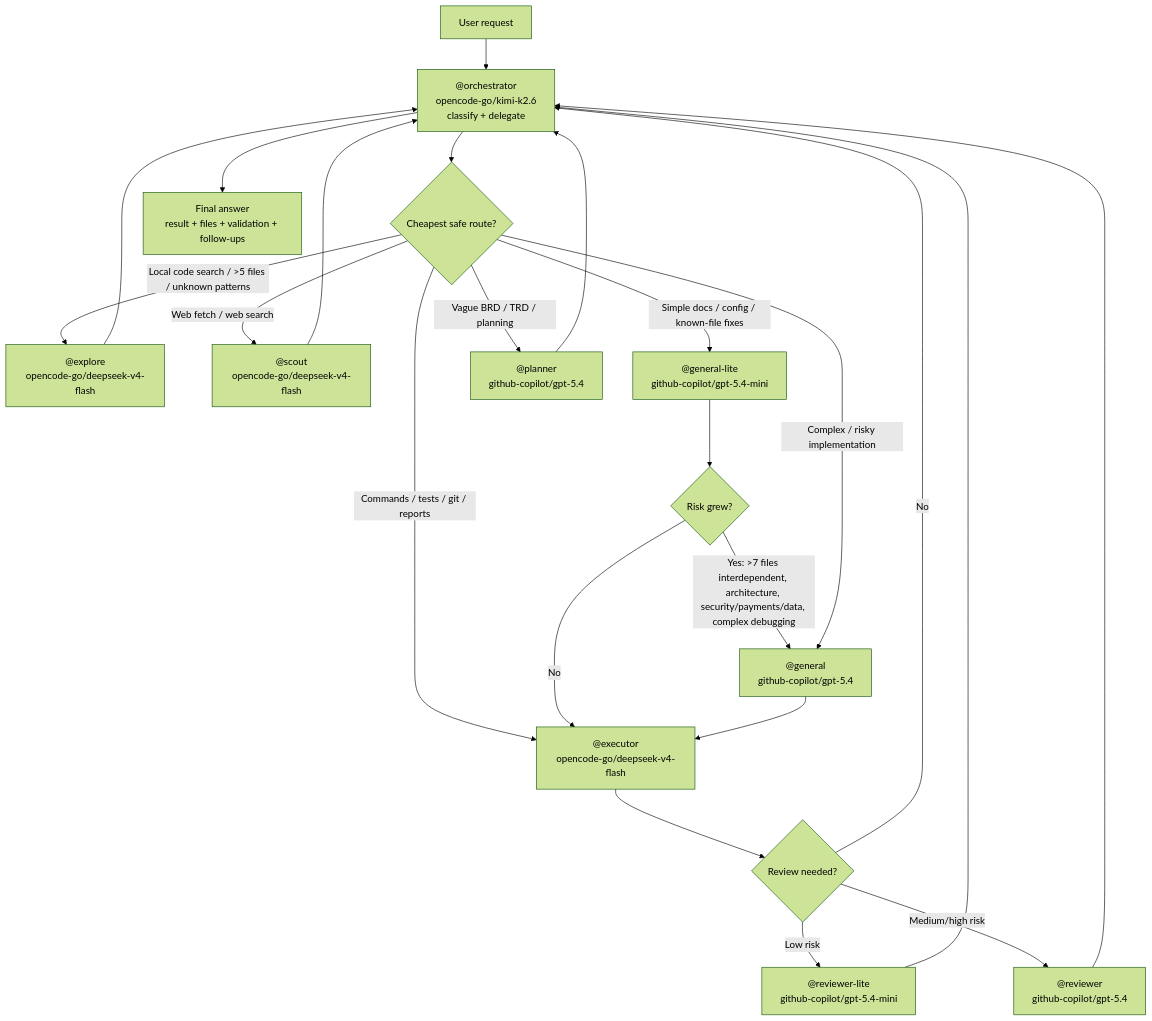
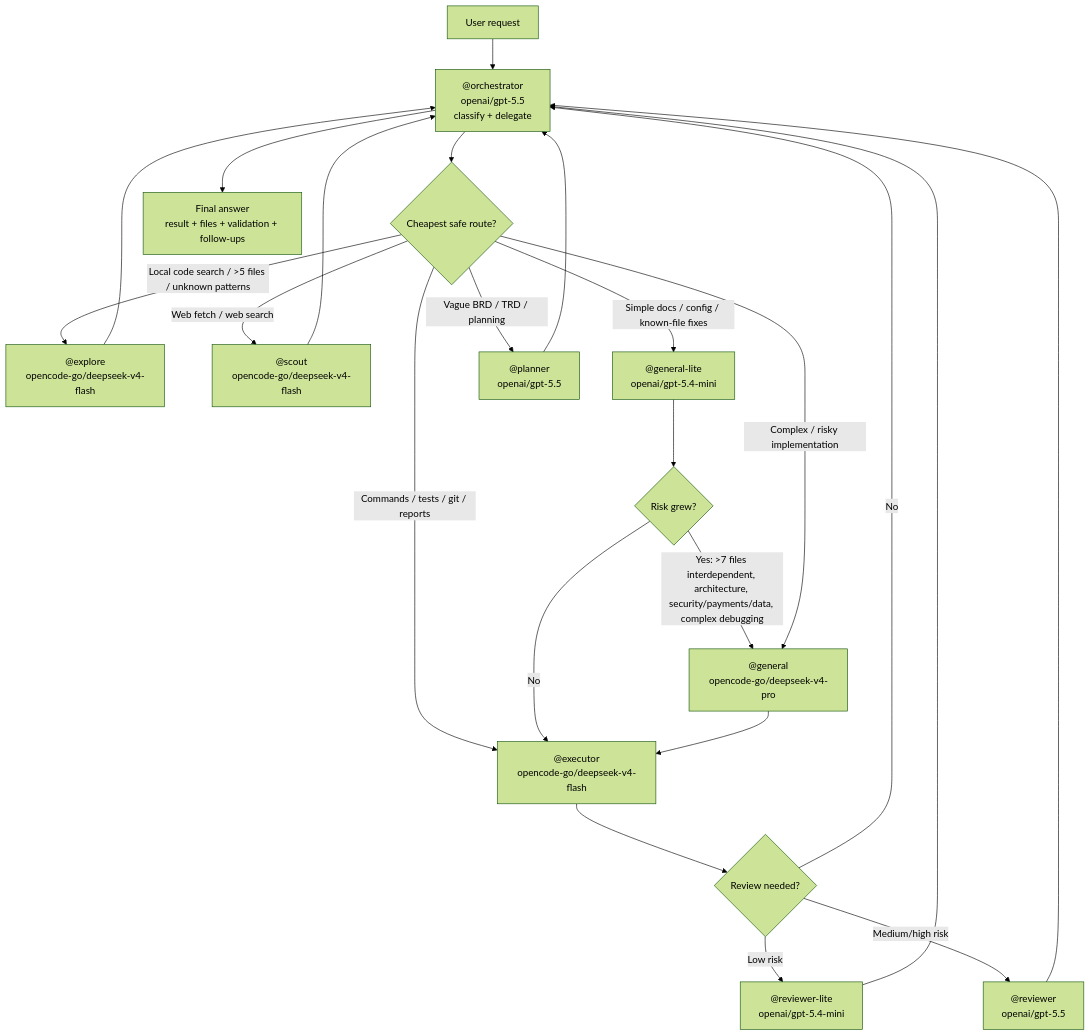
Before and after one commit to daussho-astro/opencode-agent-workflow: the diagram in README.md, drawn with Mermaid (forest theme). The commit also changed other lines of this file and 24 other files, not shown here.

````diff
--- a/README.md
+++ b/README.md
@@ -51,31 +54,31 @@
 ```mermaid
 flowchart TD
-  U[User request] --> O["@orchestrator<br/>opencode-go/kimi-k2.6<br/>classify + delegate"]
+  U[User request] --> O["@orchestrator<br/>openai/gpt-5.5<br/>classify + delegate"]
 
   O --> K{Cheapest safe route?}
 
   K -->|Commands / tests / git / reports| E["@executor<br/>opencode-go/deepseek-v4-flash"]
   K -->|Local code search / >5 files / unknown patterns| X["@explore<br/>opencode-go/deepseek-v4-flash"]
   K -->|Web fetch / web search| S["@scout<br/>opencode-go/deepseek-v4-flash"]
-  K -->|Simple docs / config / known-file fixes| GL["@general-lite<br/>github-copilot/gpt-5.4-mini"]
-  K -->|Vague BRD / TRD / planning| P["@planner<br/>github-copilot/gpt-5.4"]
+  K -->|Simple docs / config / known-file fixes| GL["@general-lite<br/>openai/gpt-5.4-mini"]
+  K -->|Vague BRD / TRD / planning| P["@planner<br/>openai/gpt-5.5"]
 
   GL --> RISK{Risk grew?}
   RISK -->|No| E
-  RISK -->|Yes: >7 files interdependent, architecture, security/payments/data, complex debugging| G["@general<br/>github-copilot/gpt-5.4"]
+  RISK -->|Yes: >7 files interdependent, architecture, security/payments/data, complex debugging| G["@general<br/>opencode-go/deepseek-v4-pro"]
 
   K -->|Complex / risky implementation| G
   G --> E
 
   E --> RV{Review needed?}
-  RV -->|Low risk| RL["@reviewer-lite<br/>github-copilot/gpt-5.4-mini"]
-  RV -->|Medium/high risk| R["@reviewer<br/>github-copilot/gpt-5.4"]
+  RV -->|Low risk| RL["@reviewer-lite<br/>openai/gpt-5.4-mini"]
+  RV -->|Medium/high risk| R["@reviewer<br/>openai/gpt-5.5"]
   RV -->|No| O
 
   X --> O
   S --> O
   P --> O
   RL --> O
   R --> O
   O --> F["Final answer<br/>result + files + validation + follow-ups"]
 ```
````
